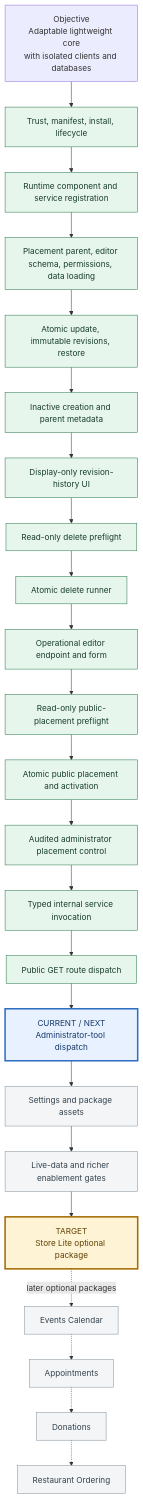
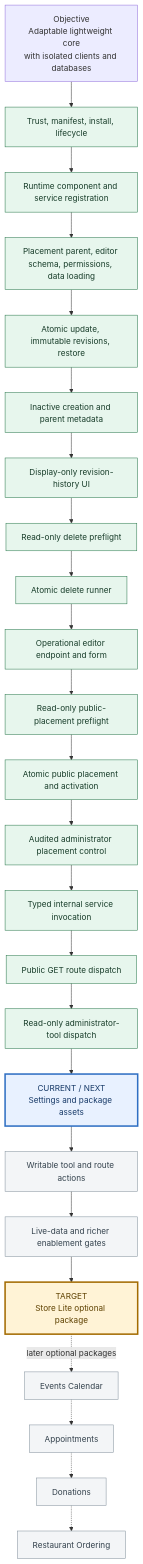
Before and after one commit to orojas01-glitch/redcms: the diagram in docs/ADD-ON-PLATFORM-STATUS.md, drawn with Mermaid. The commit also changed other lines of this file and 15 other files, not shown here.

````diff
--- a/docs/ADD-ON-PLATFORM-STATUS.md
+++ b/docs/ADD-ON-PLATFORM-STATUS.md
@@ -7,35 +7,36 @@
 ```mermaid
 flowchart TD
     O["Objective<br/>Adaptable lightweight core<br/>with isolated clients and databases"]
     O --> F1["Trust, manifest, install, lifecycle"]
     F1 --> F2["Runtime component and service registration"]
     F2 --> F3["Placement parent, editor schema, permissions, data loading"]
     F3 --> F4["Atomic update, immutable revisions, restore"]
     F4 --> F5["Inactive creation and parent metadata"]
     F5 --> F6["Display-only revision-history UI"]
     F6 --> F7["Read-only delete preflight"]
     F7 --> F8["Atomic delete runner"]
     F8 --> F9["Operational editor endpoint and form"]
     F9 --> F10["Read-only public-placement preflight"]
     F10 --> F11["Atomic public placement and activation"]
     F11 --> F12["Audited administrator placement control"]
     F12 --> F13["Typed internal service invocation"]
     F13 --> F14["Public GET route dispatch"]
-    F14 --> C["CURRENT / NEXT<br/>Administrator-tool dispatch"]
-    C --> G4["Settings and package assets"]
+    F14 --> F15["Read-only administrator-tool dispatch"]
+    F15 --> C["CURRENT / NEXT<br/>Settings and package assets"]
+    C --> G4["Writable tool and route actions"]
     G4 --> G5["Live-data and richer enablement gates"]
     G5 --> S["TARGET<br/>Store Lite optional package"]
     S -. later optional packages .-> E["Events Calendar"]
     E -.-> A["Appointments"]
     A -.-> D["Donations"]
     D -.-> R["Restaurant Ordering"]
 
     classDef complete fill:#e7f6ed,stroke:#27764a,color:#183d2a;
     classDef current fill:#e8f1ff,stroke:#2f6fc3,color:#173a68,stroke-width:3px;
     classDef remaining fill:#f3f5f7,stroke:#82909c,color:#34424d;
     classDef target fill:#fff3d6,stroke:#a36b00,color:#5e4100,stroke-width:3px;
-    class F1,F2,F3,F4,F5,F6,F7,F8,F9,F10,F11,F12,F13,F14 complete;
+    class F1,F2,F3,F4,F5,F6,F7,F8,F9,F10,F11,F12,F13,F14,F15 complete;
     class C current;
     class G4,G5,E,A,D,R remaining;
     class S target;
 ```
````
